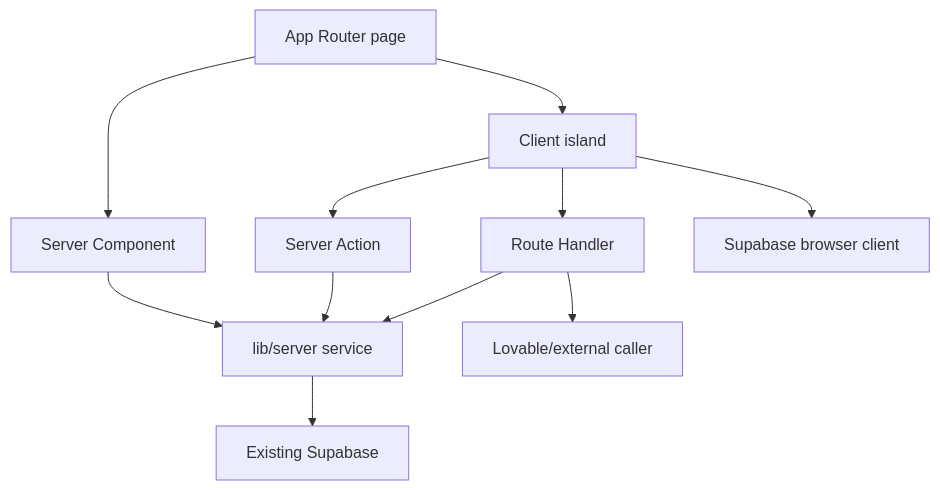
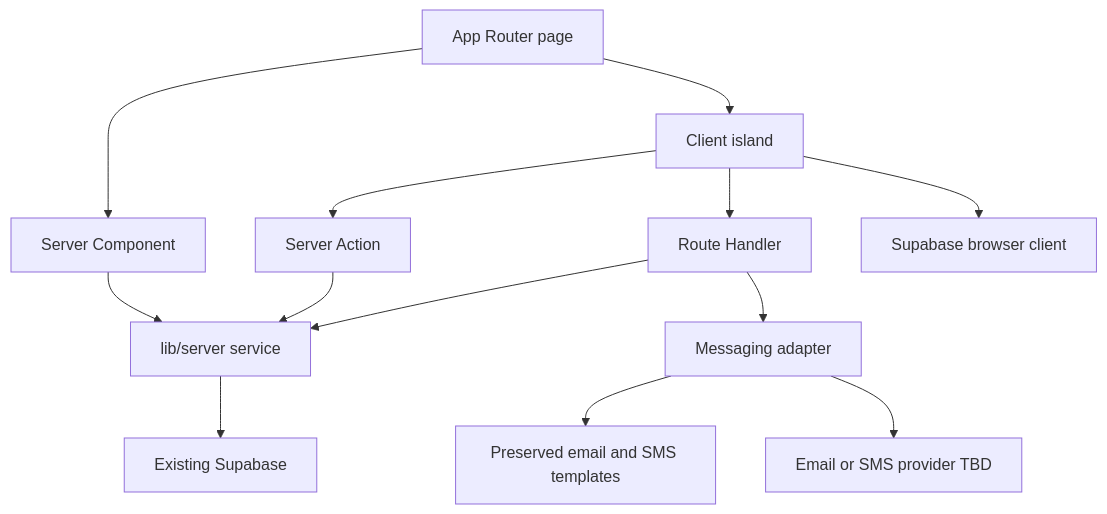
Before and after one commit to Ali-sherif/loyollo-web: the diagram in docs/frontend/14-frontend-architecture.md, drawn with Mermaid. The commit also changed other lines of this file and 17 other files, not shown here.

Commit message:
docs: update architecture documentation to reflect Lovable withdrawal and messaging adapter integration

````diff
--- a/docs/frontend/14-frontend-architecture.md
+++ b/docs/frontend/14-frontend-architecture.md
@@ -11,13 +11,15 @@
 ```mermaid
 flowchart TD
   Page[App Router page] --> RSC[Server Component]
   Page --> Client[Client island]
   RSC --> Service[lib/server service]
   Client --> Action[Server Action]
   Client --> Handler[Route Handler]
   Client --> BrowserSupa[Supabase browser client]
   Action --> Service
   Handler --> Service
   Service --> Supabase[Existing Supabase]
-  Handler --> External[Lovable/external caller]
+  Handler --> Messaging[Messaging adapter]
+  Messaging --> Templates[Preserved email and SMS templates]
+  Messaging --> Provider[Email or SMS provider TBD]
 ```
````
